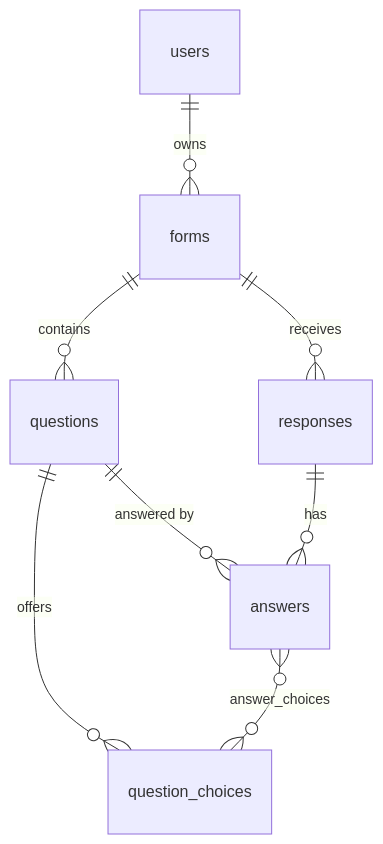
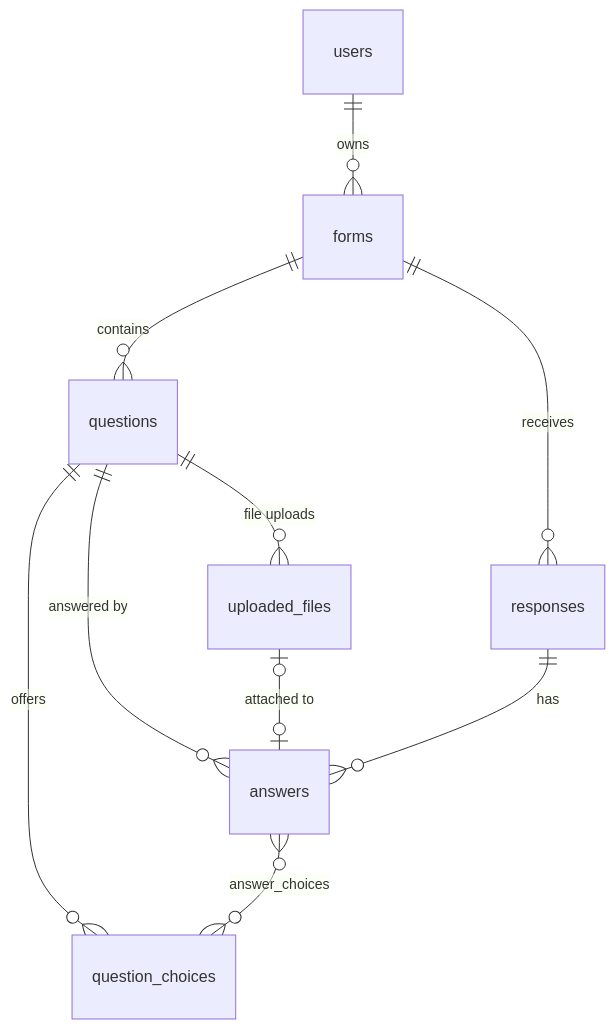
One commit to Aryan-Kochhar/Scaler-AI-Typeform-Builder-Clone changed the diagram in README.md. Above: the diagram before and after it, drawn with Mermaid. The commit also changed other lines of this file and 18 other files, not shown here.

````diff
--- a/README.md
+++ b/README.md
@@ -84,10 +84,12 @@
 ```mermaid
 erDiagram
     users ||--o{ forms : owns
     forms ||--o{ questions : contains
     questions ||--o{ question_choices : offers
     forms ||--o{ responses : receives
     responses ||--o{ answers : has
     questions ||--o{ answers : "answered by"
     answers }o--o{ question_choices : "answer_choices"
+    questions ||--o{ uploaded_files : "file uploads"
+    uploaded_files |o--o| answers : "attached to"
 ```
````
